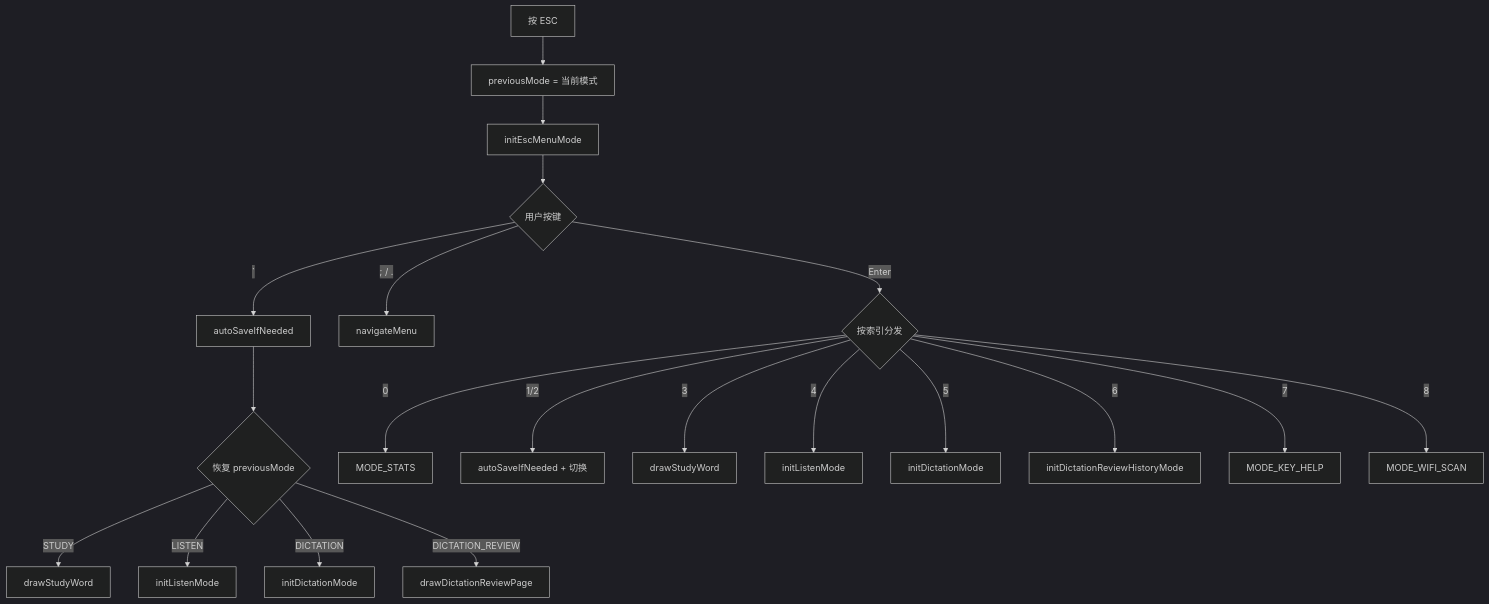
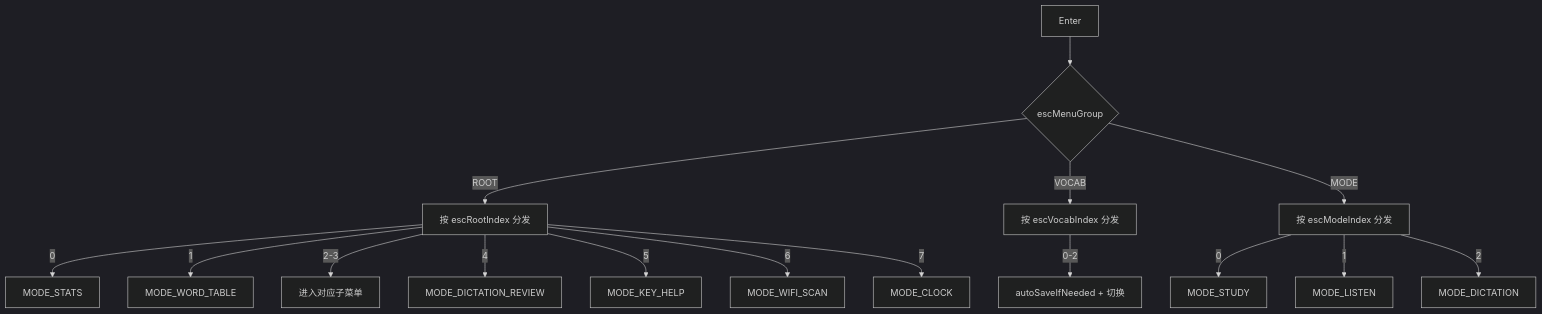
One commit to Mr-xiaotian/WordCardputer changed the second of 2 diagrams in docs/zh-CN/ModeEscMenu.md. Above: the diagram before and after it, drawn with Mermaid (dark theme). The commit also changed other lines of this file and 23 other files, not shown here.

````diff
--- a/docs/zh-CN/ModeEscMenu.md
+++ b/docs/zh-CN/ModeEscMenu.md
@@ -34,22 +107,20 @@
 ```mermaid
 flowchart TD
-    A[按 ESC] --> B[previousMode = 当前模式]
-    B --> C[initEscMenuMode]
-    C --> D{用户按键}
-    D -->|`| E[autoSaveIfNeeded]
-    E --> F{恢复 previousMode}
-    F -->|STUDY| F1[drawStudyWord]
-    F -->|LISTEN| F2[initListenMode]
-    F -->|DICTATION| F3[initDictationMode]
-    F -->|DICTATION_REVIEW| F4[drawDictationReviewPage]
-    D -->|; / .| G[navigateMenu]
-    D -->|Enter| H{按索引分发}
-    H -->|0| I[MODE_STATS]
-    H -->|1/2| J[autoSaveIfNeeded + 切换]
-    H -->|3| K[drawStudyWord]
-    H -->|4| L[initListenMode]
-    H -->|5| M[initDictationMode]
-    H -->|6| N[initDictationReviewHistoryMode]
-    H -->|7| O[MODE_KEY_HELP]
-    H -->|8| P[MODE_WIFI_SCAN]
+    A[Enter] --> B{escMenuGroup}
+    B -->|ROOT| C[按 escRootIndex 分发]
+    C -->|0| D[MODE_STATS]
+    C -->|1| E[MODE_WORD_TABLE]
+    C -->|2-3| F[进入对应子菜单]
+    C -->|4| G[MODE_DICTATION_REVIEW]
+    C -->|5| H[MODE_KEY_HELP]
+    C -->|6| I[MODE_WIFI_SCAN]
+    C -->|7| J[MODE_CLOCK]
+
+    B -->|VOCAB| K[按 escVocabIndex 分发]
+    K -->|0-2| L[autoSaveIfNeeded + 切换]
+
+    B -->|MODE| M[按 escModeIndex 分发]
+    M -->|0| N[MODE_STUDY]
+    M -->|1| O[MODE_LISTEN]
+    M -->|2| P[MODE_DICTATION]
 ```
````
